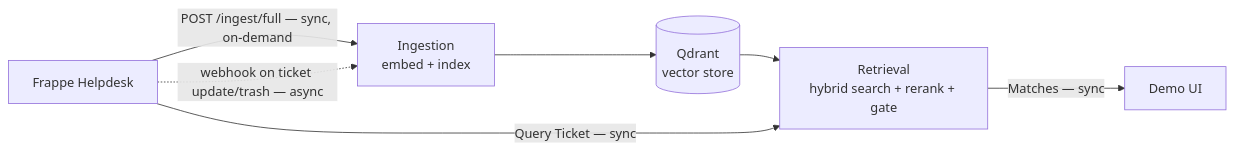
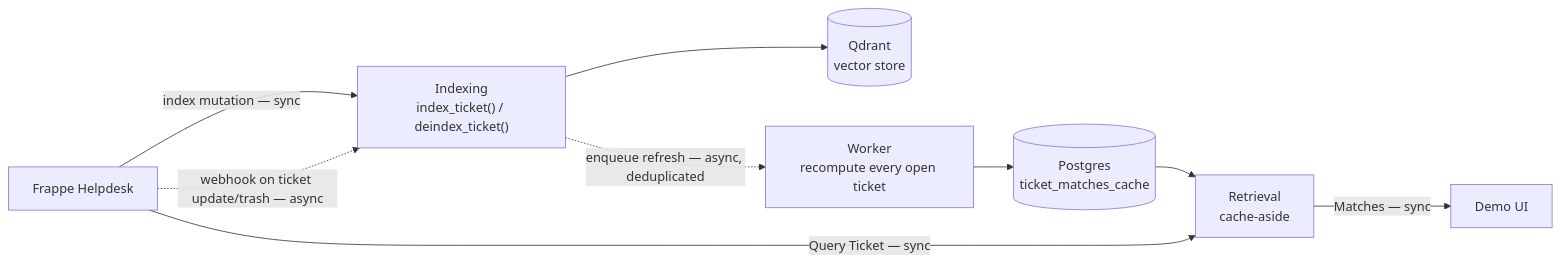
One commit to arunjoyt/ticket-match-rag changed the first of 2 diagrams in docs/ARCHITECTURE.md. Above: the diagram before and after it, drawn with Mermaid. The commit also changed other lines of this file and 3 other files, not shown here.

First line of the commit message:
Sync architecture docs to the implemented background-compute design

````diff
--- a/docs/ARCHITECTURE.md
+++ b/docs/ARCHITECTURE.md
@@ -9,9 +9,11 @@
 ```mermaid
 flowchart LR
-    HD["Frappe Helpdesk"] -->|"POST /ingest/full — sync, on-demand"| ING["Ingestion<br/>embed + index"]
-    HD -. "webhook on ticket update/trash — async" .-> ING
-    ING --> VS[("Qdrant<br/>vector store")]
-    VS --> RET["Retrieval<br/>hybrid search + rerank + gate"]
+    HD["Frappe Helpdesk"] -->|"index mutation — sync"| IDX["Indexing<br/>index_ticket() / deindex_ticket()"]
+    HD -. "webhook on ticket update/trash — async" .-> IDX
+    IDX --> VS[("Qdrant<br/>vector store")]
+    IDX -. "enqueue refresh — async, deduplicated" .-> WORKER["Worker<br/>recompute every open ticket"]
+    WORKER --> PG[("Postgres<br/>ticket_matches_cache")]
+    PG --> RET["Retrieval<br/>cache-aside"]
     HD -->|"Query Ticket — sync"| RET
     RET -->|"Matches — sync"| UI["Demo UI"]
 ```
````
